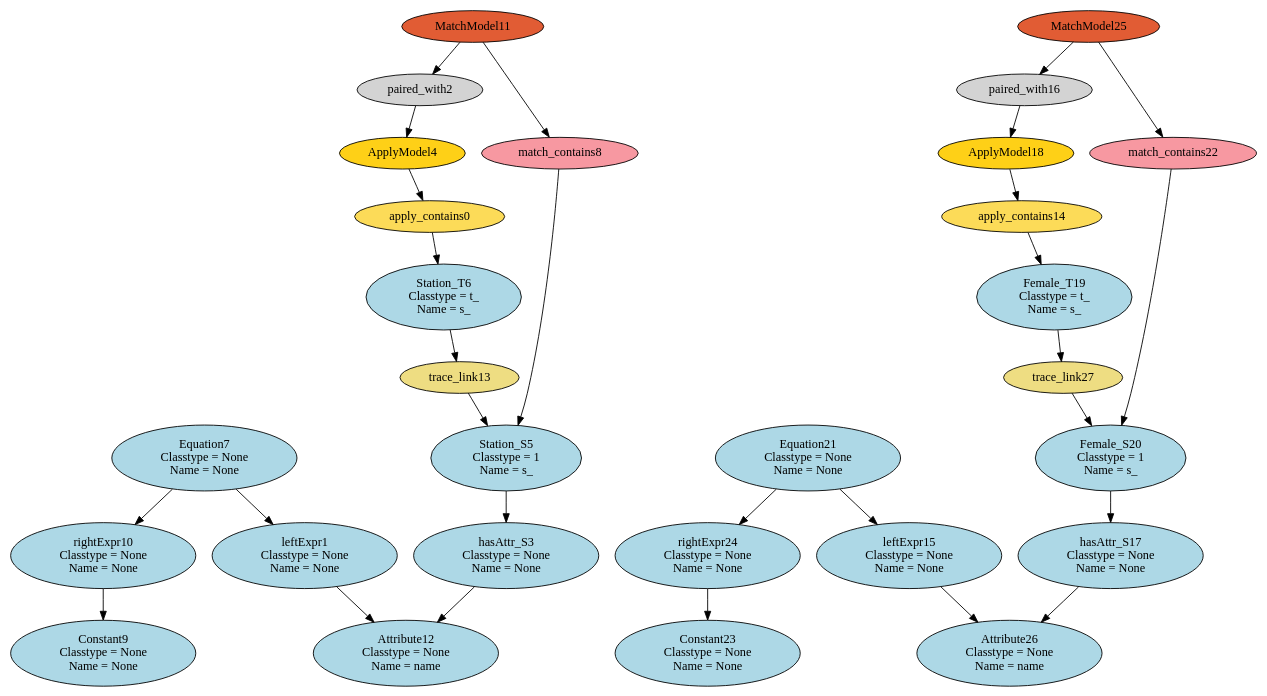
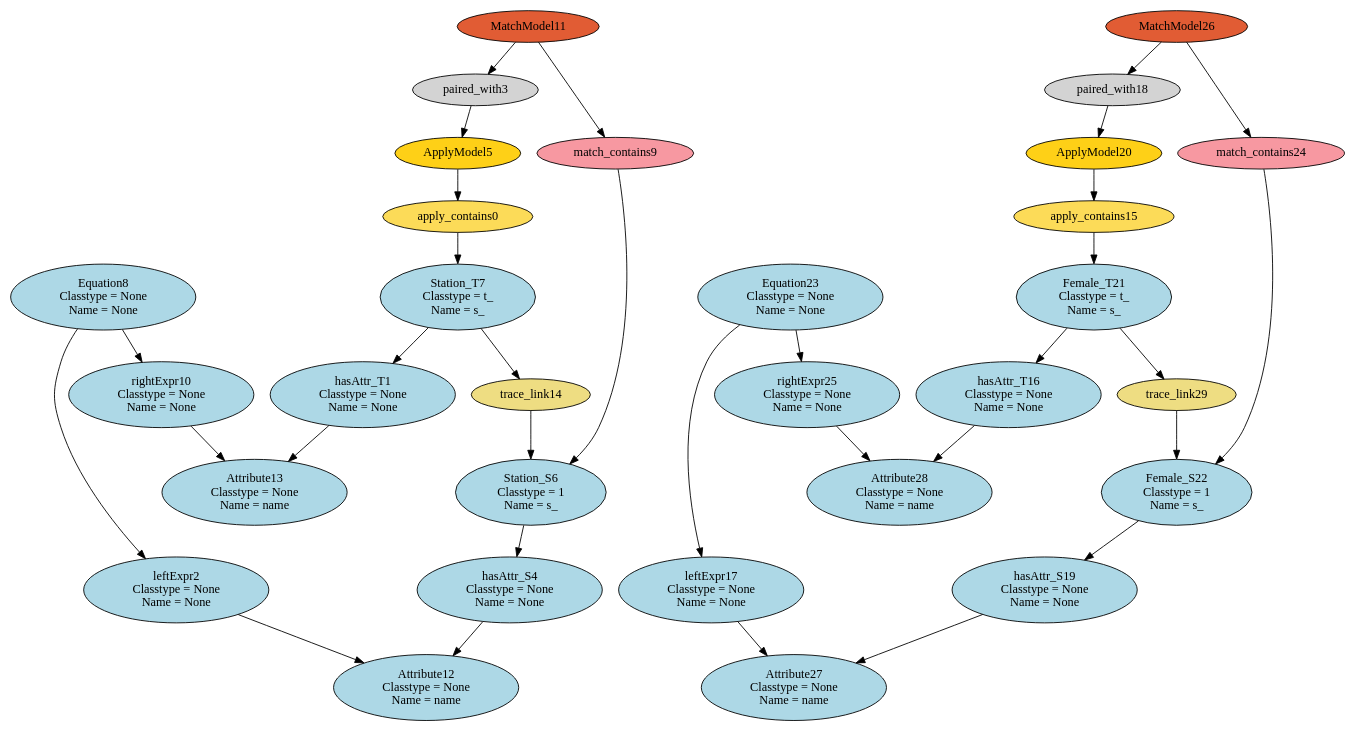
Before and after one commit to levilucio/SyVOLT: the diagram in dot/HEmptyPathCondition_HS2S_HF2F.dot, drawn with Graphviz. The commit also changed 20 other files, not shown here.

```diff
--- a/dot/HEmptyPathCondition_HS2S_HF2F.dot
+++ b/dot/HEmptyPathCondition_HS2S_HF2F.dot
@@ -1,58 +1,64 @@
 digraph HEmptyPathCondition_HS2S_HF2F {
 apply_contains0 [style=filled, fillcolor="#FCDB58"];
-"leftExpr1\n Classtype = None\n Name = None" [style=filled, fillcolor=lightblue];
-paired_with2 [style=filled, fillcolor=lightgray];
-"hasAttr_S3\n Classtype = None\n Name = None" [style=filled, fillcolor=lightblue];
-ApplyModel4 [style=filled, fillcolor="#FED017"];
-"Station_S5\n Classtype = 1\n Name = s_" [style=filled, fillcolor=lightblue];
-"Station_T6\n Classtype = t_\n Name = s_" [style=filled, fillcolor=lightblue];
-"Equation7\n Classtype = None\n Name = None" [style=filled, fillcolor=lightblue];
-match_contains8 [style=filled, fillcolor="#F798A1"];
-"Constant9\n Classtype = None\n Name = None" [style=filled, fillcolor=lightblue];
+"hasAttr_T1\n Classtype = None\n Name = None" [style=filled, fillcolor=lightblue];
+"leftExpr2\n Classtype = None\n Name = None" [style=filled, fillcolor=lightblue];
+paired_with3 [style=filled, fillcolor=lightgray];
+"hasAttr_S4\n Classtype = None\n Name = None" [style=filled, fillcolor=lightblue];
+ApplyModel5 [style=filled, fillcolor="#FED017"];
+"Station_S6\n Classtype = 1\n Name = s_" [style=filled, fillcolor=lightblue];
+"Station_T7\n Classtype = t_\n Name = s_" [style=filled, fillcolor=lightblue];
+"Equation8\n Classtype = None\n Name = None" [style=filled, fillcolor=lightblue];
+match_contains9 [style=filled, fillcolor="#F798A1"];
 "rightExpr10\n Classtype = None\n Name = None" [style=filled, fillcolor=lightblue];
 MatchModel11 [style=filled, fillcolor="#E15C34"];
 "Attribute12\n Classtype = None\n Name = name" [style=filled, fillcolor=lightblue];
-trace_link13 [style=filled, fillcolor=lightgoldenrod];
-apply_contains14 [style=filled, fillcolor="#FCDB58"];
-"leftExpr15\n Classtype = None\n Name = None" [style=filled, fillcolor=lightblue];
-paired_with16 [style=filled, fillcolor=lightgray];
-"hasAttr_S17\n Classtype = None\n Name = None" [style=filled, fillcolor=lightblue];
-ApplyModel18 [style=filled, fillcolor="#FED017"];
-"Female_T19\n Classtype = t_\n Name = s_" [style=filled, fillcolor=lightblue];
-"Female_S20\n Classtype = 1\n Name = s_" [style=filled, fillcolor=lightblue];
-"Equation21\n Classtype = None\n Name = None" [style=filled, fillcolor=lightblue];
-match_contains22 [style=filled, fillcolor="#F798A1"];
-"Constant23\n Classtype = None\n Name = None" [style=filled, fillcolor=lightblue];
-"rightExpr24\n Classtype = None\n Name = None" [style=filled, fillcolor=lightblue];
-MatchModel25 [style=filled, fillcolor="#E15C34"];
-"Attribute26\n Classtype = None\n Name = name" [style=filled, fillcolor=lightblue];
-trace_link27 [style=filled, fillcolor=lightgoldenrod];
-ApplyModel4 -> apply_contains0;
-apply_contains0 -> "Station_T6\n Classtype = t_\n Name = s_";
-"Equation7\n Classtype = None\n Name = None" -> "leftExpr1\n Classtype = None\n Name = None";
-"leftExpr1\n Classtype = None\n Name = None" -> "Attribute12\n Classtype = None\n Name = name";
-MatchModel11 -> paired_with2;
-paired_with2 -> ApplyModel4;
-"Station_S5\n Classtype = 1\n Name = s_" -> "hasAttr_S3\n Classtype = None\n Name = None";
-"hasAttr_S3\n Classtype = None\n Name = None" -> "Attribute12\n Classtype = None\n Name = name";
-match_contains8 -> "Station_S5\n Classtype = 1\n Name = s_";
-"Equation7\n Classtype = None\n Name = None" -> "rightExpr10\n Classtype = None\n Name = None";
-MatchModel11 -> match_contains8;
-"rightExpr10\n Classtype = None\n Name = None" -> "Constant9\n Classtype = None\n Name = None";
-trace_link13 -> "Station_S5\n Classtype = 1\n Name = s_";
-"Station_T6\n Classtype = t_\n Name = s_" -> trace_link13;
-ApplyModel18 -> apply_contains14;
-apply_contains14 -> "Female_T19\n Classtype = t_\n Name = s_";
-"Equation21\n Classtype = None\n Name = None" -> "leftExpr15\n Classtype = None\n Name = None";
-"leftExpr15\n Classtype = None\n Name = None" -> "Attribute26\n Classtype = None\n Name = name";
-MatchModel25 -> paired_with16;
-paired_with16 -> ApplyModel18;
-"Female_S20\n Classtype = 1\n Name = s_" -> "hasAttr_S17\n Classtype = None\n Name = None";
-"hasAttr_S17\n Classtype = None\n Name = None" -> "Attribute26\n Classtype = None\n Name = name";
-match_contains22 -> "Female_S20\n Classtype = 1\n Name = s_";
-"Equation21\n Classtype = None\n Name = None" -> "rightExpr24\n Classtype = None\n Name = None";
-MatchModel25 -> match_contains22;
-"rightExpr24\n Classtype = None\n Name = None" -> "Constant23\n Classtype = None\n Name = None";
-trace_link27 -> "Female_S20\n Classtype = 1\n Name = s_";
-"Female_T19\n Classtype = t_\n Name = s_" -> trace_link27;
+"Attribute13\n Classtype = None\n Name = name" [style=filled, fillcolor=lightblue];
+trace_link14 [style=filled, fillcolor=lightgoldenrod];
+apply_contains15 [style=filled, fillcolor="#FCDB58"];
+"hasAttr_T16\n Classtype = None\n Name = None" [style=filled, fillcolor=lightblue];
+"leftExpr17\n Classtype = None\n Name = None" [style=filled, fillcolor=lightblue];
+paired_with18 [style=filled, fillcolor=lightgray];
+"hasAttr_S19\n Classtype = None\n Name = None" [style=filled, fillcolor=lightblue];
+ApplyModel20 [style=filled, fillcolor="#FED017"];
+"Female_T21\n Classtype = t_\n Name = s_" [style=filled, fillcolor=lightblue];
+"Female_S22\n Classtype = 1\n Name = s_" [style=filled, fillcolor=lightblue];
+"Equation23\n Classtype = None\n Name = None" [style=filled, fillcolor=lightblue];
+match_contains24 [style=filled, fillcolor="#F798A1"];
+"rightExpr25\n Classtype = None\n Name = None" [style=filled, fillcolor=lightblue];
+MatchModel26 [style=filled, fillcolor="#E15C34"];
+"Attribute27\n Classtype = None\n Name = name" [style=filled, fillcolor=lightblue];
+"Attribute28\n Classtype = None\n Name = name" [style=filled, fillcolor=lightblue];
+trace_link29 [style=filled, fillcolor=lightgoldenrod];
+ApplyModel5 -> apply_contains0;
+apply_contains0 -> "Station_T7\n Classtype = t_\n Name = s_";
+"Station_T7\n Classtype = t_\n Name = s_" -> "hasAttr_T1\n Classtype = None\n Name = None";
+"hasAttr_T1\n Classtype = None\n Name = None" -> "Attribute13\n Classtype = None\n Name = name";
+"Equation8\n Classtype = None\n Name = None" -> "leftExpr2\n Classtype = None\n Name = None";
+"leftExpr2\n Classtype = None\n Name = None" -> "Attribute12\n Classtype = None\n Name = name";
+MatchModel11 -> paired_with3;
+paired_with3 -> ApplyModel5;
+"Station_S6\n Classtype = 1\n Name = s_" -> "hasAttr_S4\n Classtype = None\n Name = None";
+"hasAttr_S4\n Classtype = None\n Name = None" -> "Attribute12\n Classtype = None\n Name = name";
+match_contains9 -> "Station_S6\n Classtype = 1\n Name = s_";
+"Equation8\n Classtype = None\n Name = None" -> "rightExpr10\n Classtype = None\n Name = None";
+MatchModel11 -> match_contains9;
+"rightExpr10\n Classtype = None\n Name = None" -> "Attribute13\n Classtype = None\n Name = name";
+trace_link14 -> "Station_S6\n Classtype = 1\n Name = s_";
+"Station_T7\n Classtype = t_\n Name = s_" -> trace_link14;
+ApplyModel20 -> apply_contains15;
+apply_contains15 -> "Female_T21\n Classtype = t_\n Name = s_";
+"Female_T21\n Classtype = t_\n Name = s_" -> "hasAttr_T16\n Classtype = None\n Name = None";
+"hasAttr_T16\n Classtype = None\n Name = None" -> "Attribute28\n Classtype = None\n Name = name";
+"Equation23\n Classtype = None\n Name = None" -> "leftExpr17\n Classtype = None\n Name = None";
+"leftExpr17\n Classtype = None\n Name = None" -> "Attribute27\n Classtype = None\n Name = name";
+MatchModel26 -> paired_with18;
+paired_with18 -> ApplyModel20;
+"Female_S22\n Classtype = 1\n Name = s_" -> "hasAttr_S19\n Classtype = None\n Name = None";
+"hasAttr_S19\n Classtype = None\n Name = None" -> "Attribute27\n Classtype = None\n Name = name";
+match_contains24 -> "Female_S22\n Classtype = 1\n Name = s_";
+"Equation23\n Classtype = None\n Name = None" -> "rightExpr25\n Classtype = None\n Name = None";
+MatchModel26 -> match_contains24;
+"rightExpr25\n Classtype = None\n Name = None" -> "Attribute28\n Classtype = None\n Name = name";
+trace_link29 -> "Female_S22\n Classtype = 1\n Name = s_";
+"Female_T21\n Classtype = t_\n Name = s_" -> trace_link29;
 }
```
